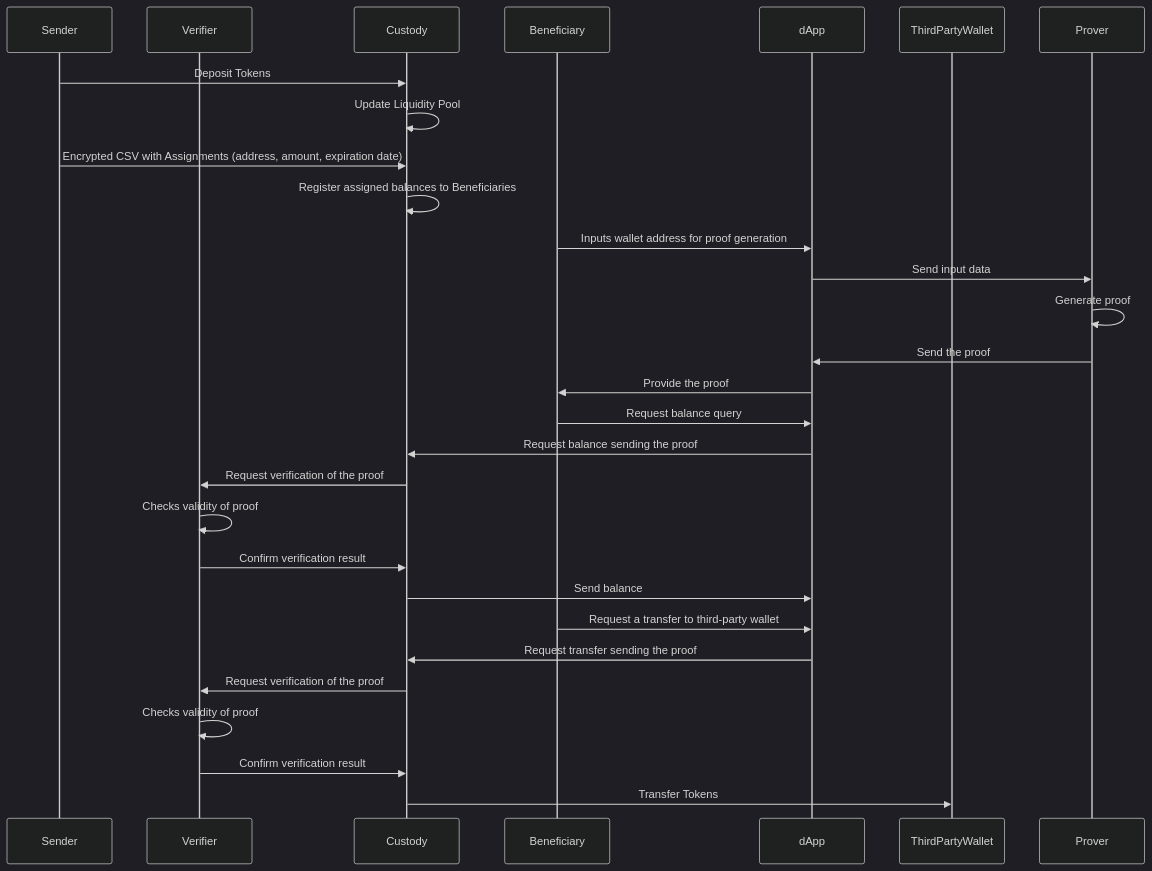
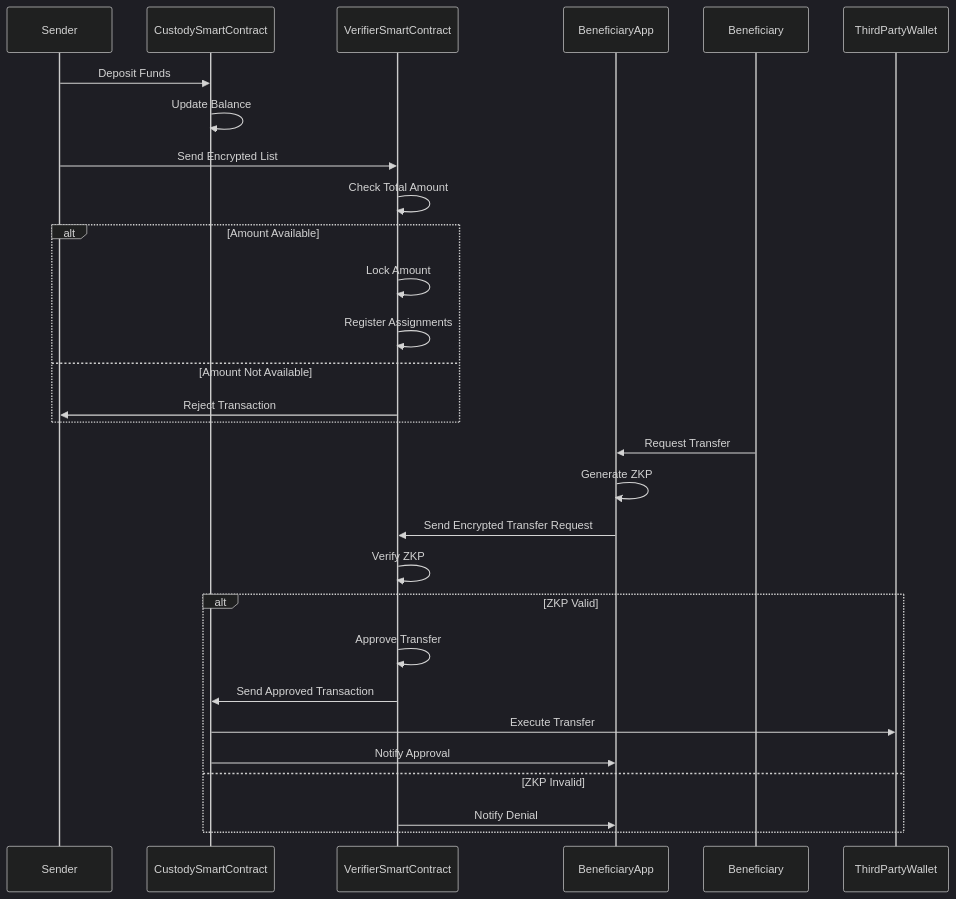
Before and after one commit to prodasl/core-program: the second of 4 diagrams in 2024/week3/zk_private_airdrop.md, drawn with Mermaid (dark theme). The commit also changed other lines of this file, not shown here.

````diff
--- a/2024/week3/zk_private_airdrop.md
+++ b/2024/week3/zk_private_airdrop.md
@@ -19,35 +60,34 @@
 ```mermaid
 sequenceDiagram
     participant Sender
-    participant Verifier
-    participant Custody
+    participant CustodySmartContract
+    participant VerifierSmartContract
+    participant BeneficiaryApp
     participant Beneficiary
-    participant dApp
     participant ThirdPartyWallet
 
-    Sender ->> Custody: Deposit Tokens
-    Custody ->> Custody: Update Liquidity Pool
+    Sender ->> CustodySmartContract: Deposit Funds
+    CustodySmartContract ->> CustodySmartContract: Update Balance
 
-    Sender ->> Custody: Encrypted CSV with Assignments (address, amount, expiration date)
-    Custody ->> Custody: Register assigned balances to Beneficiaries
+    Sender ->> VerifierSmartContract: Send Encrypted List
+    VerifierSmartContract ->> VerifierSmartContract: Check Total Amount
+    alt Amount Available
+        VerifierSmartContract ->> VerifierSmartContract: Lock Amount
+        VerifierSmartContract ->> VerifierSmartContract: Register Assignments
+    else Amount Not Available
+        VerifierSmartContract ->> Sender: Reject Transaction
+    end
 
-    Beneficiary ->> dApp: Inputs wallet address for proof generation
-    dApp ->> Prover: Send input data
-    Prover ->> Prover: Generate proof
-    Prover ->> dApp: Send the proof
-    dApp ->> Beneficiary: Provide the proof
-
-    Beneficiary ->> dApp: Request balance query
-    dApp ->> Custody: Request balance sending the proof
-    Custody ->> Verifier: Request verification of the proof
-    Verifier ->> Verifier: Checks validity of proof
-    Verifier ->> Custody: Confirm verification result
-    Custody ->> dApp: Send balance
-
-    Beneficiary ->> dApp: Request a transfer to third-party wallet
-    dApp ->> Custody: Request transfer sending the proof
-    Custody ->> Verifier: Request verification of the proof
-    Verifier ->> Verifier: Checks validity of proof
-    Verifier ->> Custody: Confirm verification result
-    Custody ->> ThirdPartyWallet: Transfer Tokens 
+    Beneficiary ->> BeneficiaryApp: Request Transfer
+    BeneficiaryApp ->> BeneficiaryApp: Generate ZKP
+    BeneficiaryApp ->> VerifierSmartContract: Send Encrypted Transfer Request
+    VerifierSmartContract ->> VerifierSmartContract: Verify ZKP
+    alt ZKP Valid
+        VerifierSmartContract ->> VerifierSmartContract: Approve Transfer
+        VerifierSmartContract ->> CustodySmartContract: Send Approved Transaction
+        CustodySmartContract ->> ThirdPartyWallet: Execute Transfer
+        CustodySmartContract ->> BeneficiaryApp: Notify Approval
+    else ZKP Invalid
+        VerifierSmartContract ->> BeneficiaryApp: Notify Denial
+    end
 ```
````
